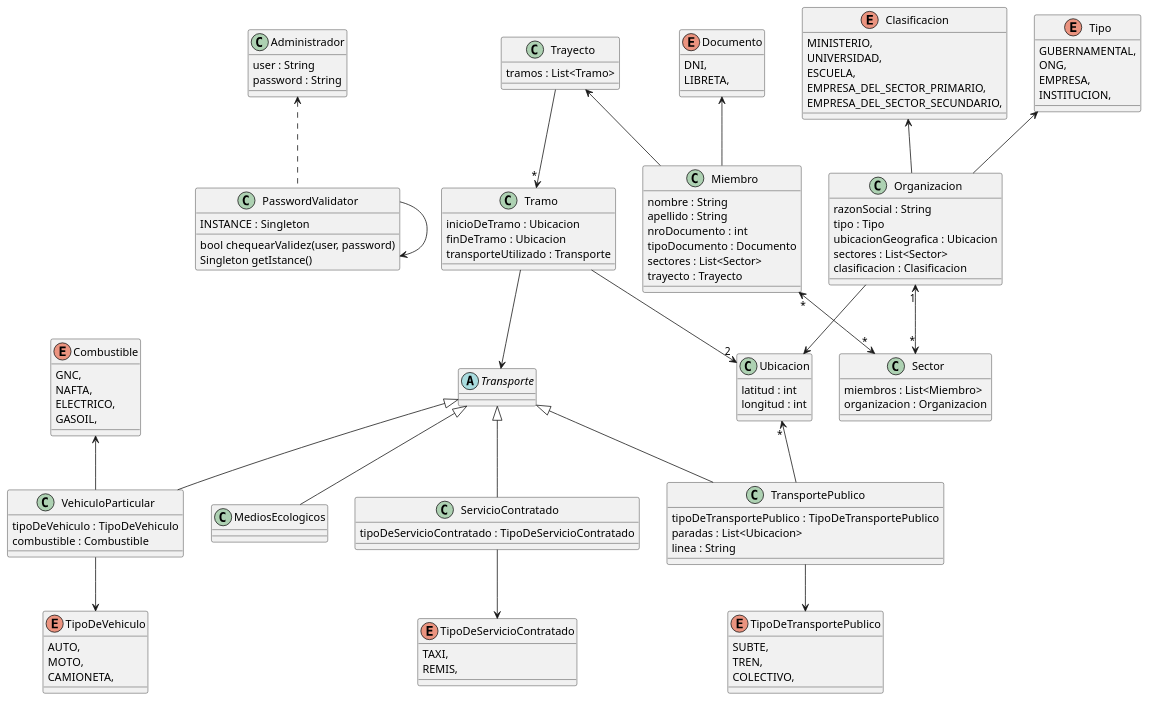
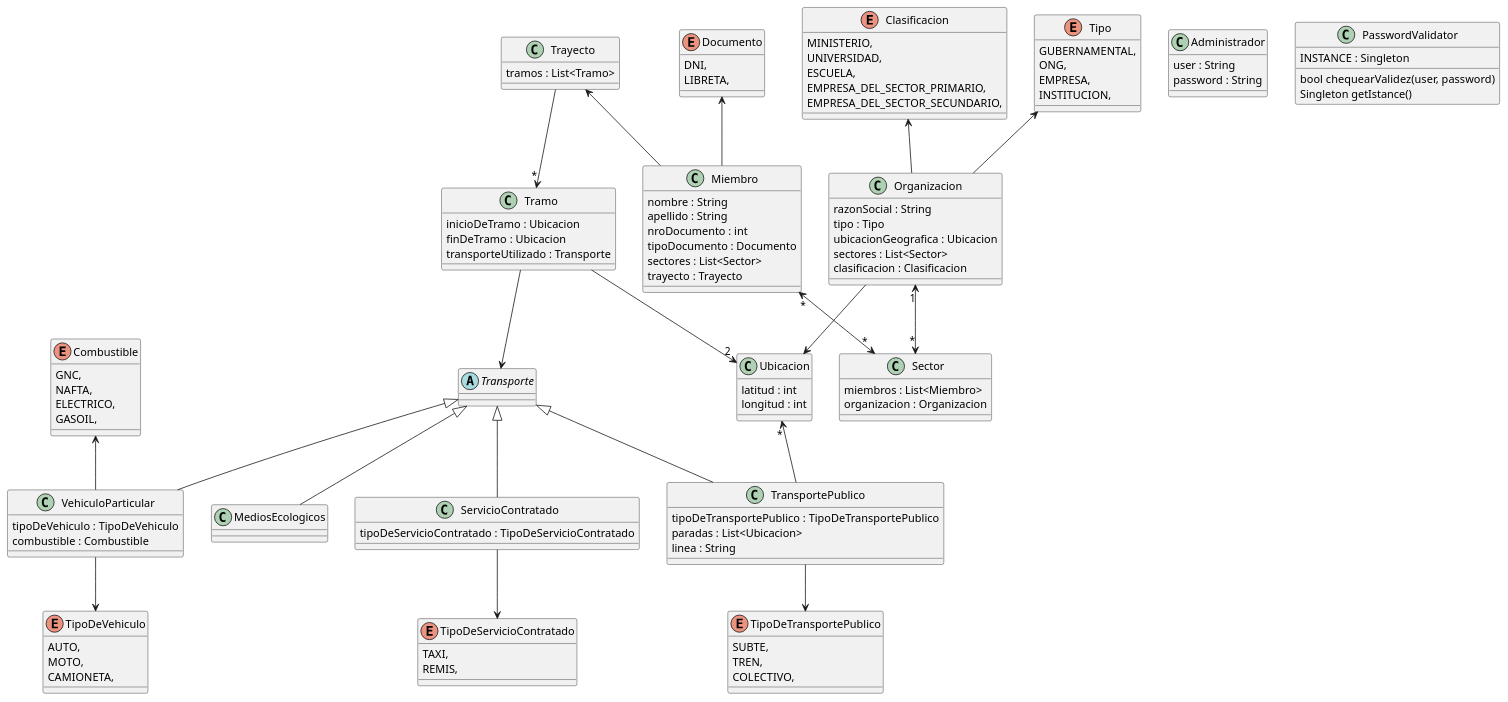
The diagram in Diagrama.puml (mbeorlegui/tpa-dds-2022), drawn with PlantUML before and after one commit. The commit also changed 8 other files, not shown here.

```diff
--- a/Diagrama.puml
+++ b/Diagrama.puml
@@ -1,150 +1,148 @@
 @startuml TPA-1
 
 class Organizacion {
   razonSocial : String
   tipo : Tipo
   ubicacionGeografica : Ubicacion
   sectores : List<Sector>
   clasificacion : Clasificacion
 }
 
 class Ubicacion {
   latitud : int
   longitud : int
 }
 
 class Sector {
   miembros : List<Miembro>
   organizacion : Organizacion
 }
 
 class Miembro {
   nombre : String
   apellido : String
   nroDocumento : int
   tipoDocumento : Documento
   sectores : List<Sector>
   trayecto : Trayecto
 }
 ' Ponemos lista de sectores en el Miembro
 ' y que cada sector conozca su organizacion,
 ' de forma tal que el miembro pueda acceder a su
 ' organizacion mediante el sector
 
 enum Documento {
   DNI,
   LIBRETA,
 }
 
 enum Tipo {
   GUBERNAMENTAL,
   ONG,
   EMPRESA,
   INSTITUCION,
 }
 
 enum Clasificacion {
   MINISTERIO,
   UNIVERSIDAD,
   ESCUELA,
   EMPRESA_DEL_SECTOR_PRIMARIO,
   EMPRESA_DEL_SECTOR_SECUNDARIO,
 }
 
 ' Usamos strategy para los medios de transportes
 abstract class Transporte {
 
 }
 
 class VehiculoParticular {
   tipoDeVehiculo : TipoDeVehiculo
   combustible : Combustible
 }
 
 class TransportePublico {
   tipoDeTransportePublico : TipoDeTransportePublico
   paradas : List<Ubicacion>
   linea : String
 }
 
 class ServicioContratado {
   tipoDeServicioContratado : TipoDeServicioContratado
 }
 
 ' Se refiere a caminar o a bicicleta
 class MediosEcologicos {
 
 }
 
 
 enum TipoDeTransportePublico {
   SUBTE,
   TREN,
   COLECTIVO,
 }
 
 enum TipoDeVehiculo {
   AUTO,
   MOTO,
   CAMIONETA,
 }
 
 enum TipoDeServicioContratado{
   TAXI,
   REMIS,
 }
 
 enum Combustible {
   GNC,
   NAFTA,
   ELECTRICO,
   GASOIL,
 }
 
 class Tramo {
   inicioDeTramo : Ubicacion
   finDeTramo : Ubicacion
   transporteUtilizado : Transporte
 }
 
 class Trayecto {
   tramos : List<Tramo>
 }
 
 class Administrador {
   user : String
   password : String
 }
 
 class PasswordValidator {
   INSTANCE : Singleton
   bool chequearValidez(user, password)
   Singleton getIstance()
 }
 
 Miembro "*"<-->"*" Sector
 Organizacion -up-> Tipo
 Organizacion -up-> Clasificacion
 Organizacion --> Ubicacion
 Organizacion "1"<-->"*" Sector
 Miembro -up-> Documento
 
 Trayecto --> "*" Tramo
 Trayecto <-- Miembro
 Tramo --> Transporte
 Tramo -->"2" Ubicacion
 TransportePublico -up->"*" Ubicacion
 TransportePublico --> TipoDeTransportePublico
 VehiculoParticular -down-> TipoDeVehiculo
 VehiculoParticular -up-> Combustible
 ServicioContratado -down-> TipoDeServicioContratado
 
 TransportePublico -up-|> Transporte
 VehiculoParticular -up-|> Transporte
 MediosEcologicos -up-|> Transporte
 ServicioContratado -up-|> Transporte
 
-PasswordValidator .up.> Administrador
-PasswordValidator --> PasswordValidator
-
+'PasswordValidator .up.>
 @enduml
```
